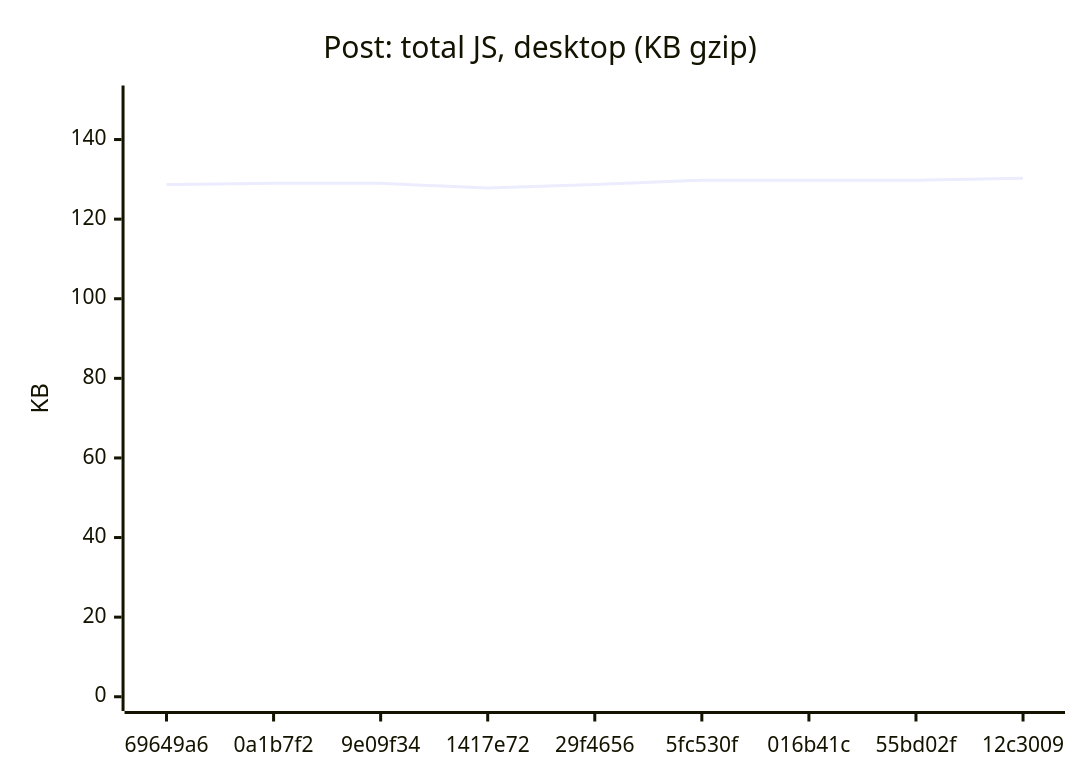
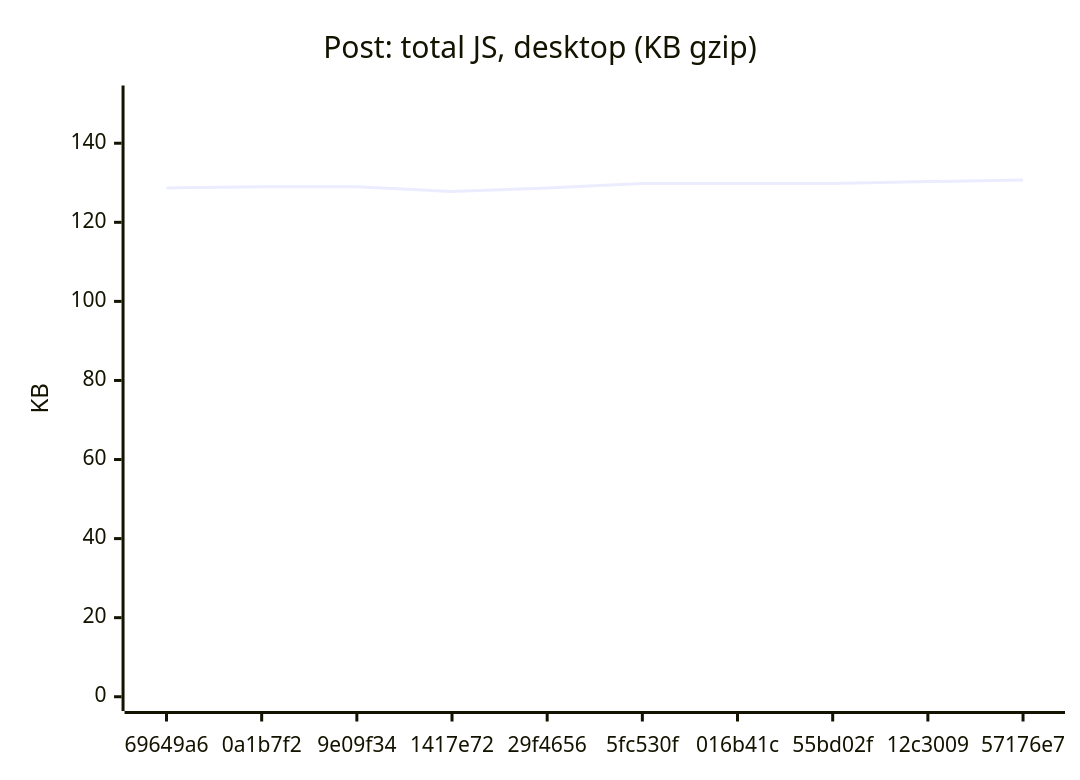
One commit to AxelUser/maltsev.space changed diagram 11 of 18 in README.md. Above: the diagram before and after it, drawn with Mermaid. The commit also changed other lines of this file and 1 other file, not shown here.

````diff
--- a/README.md
+++ b/README.md
@@ -125,7 +125,7 @@
 ```mermaid
 xychart-beta
   title "Post: total JS, desktop (KB gzip)"
-  x-axis ["69649a6", "0a1b7f2", "9e09f34", "1417e72", "29f4656", "5fc530f", "016b41c", "55bd02f", "12c3009"]
-  y-axis "KB" 0 --> 150
-  line [128.7, 129, 129, 127.8, 128.7, 129.8, 129.8, 129.8, 130.3]
+  x-axis ["69649a6", "0a1b7f2", "9e09f34", "1417e72", "29f4656", "5fc530f", "016b41c", "55bd02f", "12c3009", "57176e7"]
+  y-axis "KB" 0 --> 151
+  line [128.7, 129, 129, 127.8, 128.7, 129.8, 129.8, 129.8, 130.3, 130.7]
 ```
````
